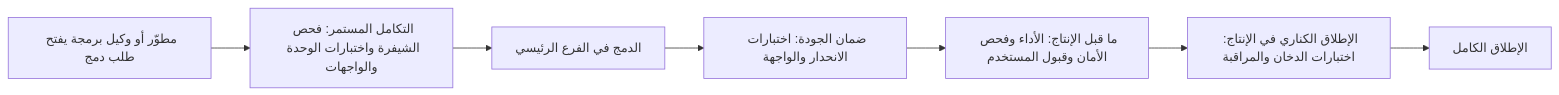
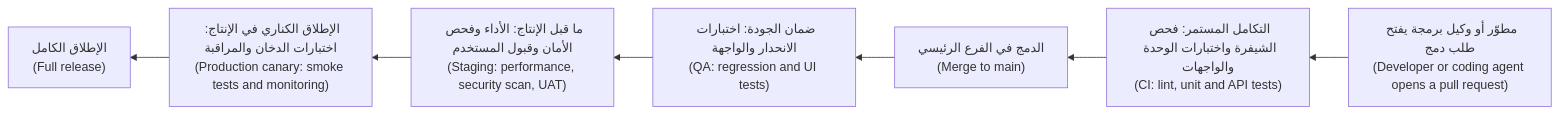
Before and after one commit to Tamoura/system-design-for-vibe-coders: the third of 3 diagrams in testing/modules/00-orientation.ar.md, drawn with Mermaid. The commit also changed other lines of this file and 39 other files, not shown here.

````diff
--- a/testing/modules/00-orientation.ar.md
+++ b/testing/modules/00-orientation.ar.md
@@ -618,9 +618,9 @@
 ```mermaid
-flowchart LR
-    A["مطوّر أو وكيل برمجة يفتح طلب دمج"] --> B["التكامل المستمر: فحص الشيفرة واختبارات الوحدة والواجهات"]
-    B --> C["الدمج في الفرع الرئيسي"]
-    C --> D["ضمان الجودة: اختبارات الانحدار والواجهة"]
-    D --> E["ما قبل الإنتاج: الأداء وفحص الأمان وقبول المستخدم"]
-    E --> F["الإطلاق الكناري في الإنتاج: اختبارات الدخان والمراقبة"]
-    F --> G["الإطلاق الكامل"]
+flowchart RL
+    A["مطوّر أو وكيل برمجة يفتح طلب دمج<br/>(Developer or coding agent opens a pull request)"] --> B["التكامل المستمر: فحص الشيفرة واختبارات الوحدة والواجهات<br/>(CI: lint, unit and API tests)"]
+    B --> C["الدمج في الفرع الرئيسي<br/>(Merge to main)"]
+    C --> D["ضمان الجودة: اختبارات الانحدار والواجهة<br/>(QA: regression and UI tests)"]
+    D --> E["ما قبل الإنتاج: الأداء وفحص الأمان وقبول المستخدم<br/>(Staging: performance, security scan, UAT)"]
+    E --> F["الإطلاق الكناري في الإنتاج: اختبارات الدخان والمراقبة<br/>(Production canary: smoke tests and monitoring)"]
+    F --> G["الإطلاق الكامل<br/>(Full release)"]
 ```
````
